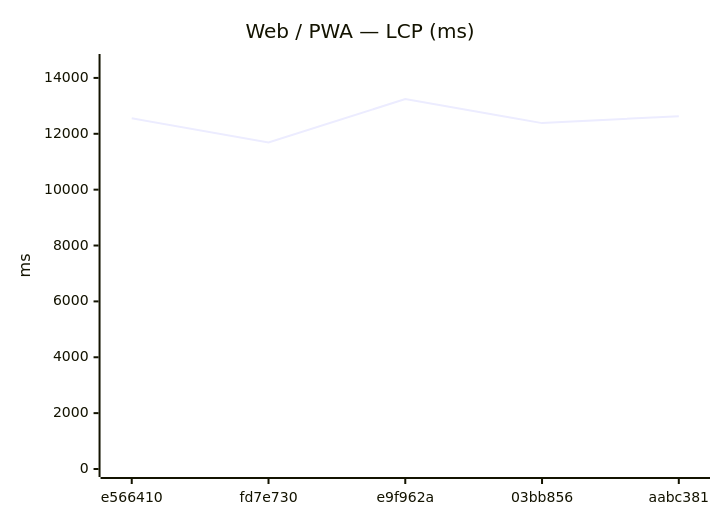
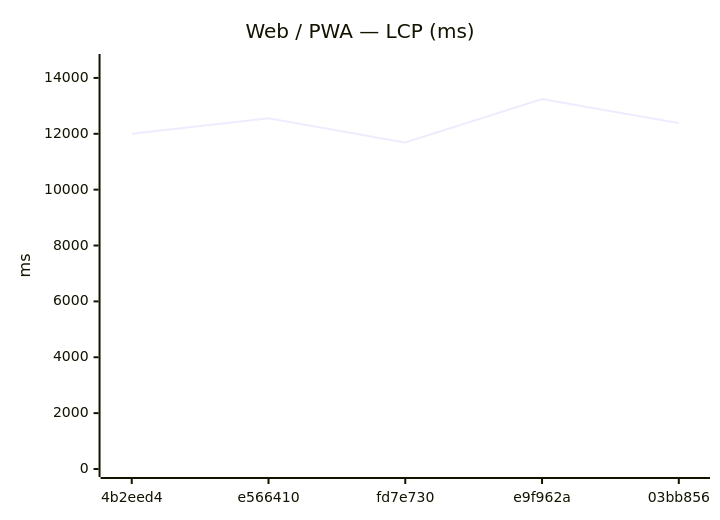
The seventh of 18 diagrams in benchmarks/compare.md (Metaheurist/Rianell), drawn with Mermaid before and after one commit. The commit also changed other lines of this file and 11 other files, not shown here.

````diff
--- a/benchmarks/compare.md
+++ b/benchmarks/compare.md
@@ -117,7 +117,7 @@
 ```mermaid
 xychart-beta
     title "Web / PWA — LCP (ms)"
-    x-axis ["e566410", "fd7e730", "e9f962a", "03bb856", "aabc381"]
+    x-axis ["4b2eed4", "e566410", "fd7e730", "e9f962a", "03bb856"]
     y-axis "ms" 0 --> 14570
-    line [12553, 11687, 13245, 12382, 12632]
+    line [11999, 12553, 11687, 13245, 12382]
 ```
````
